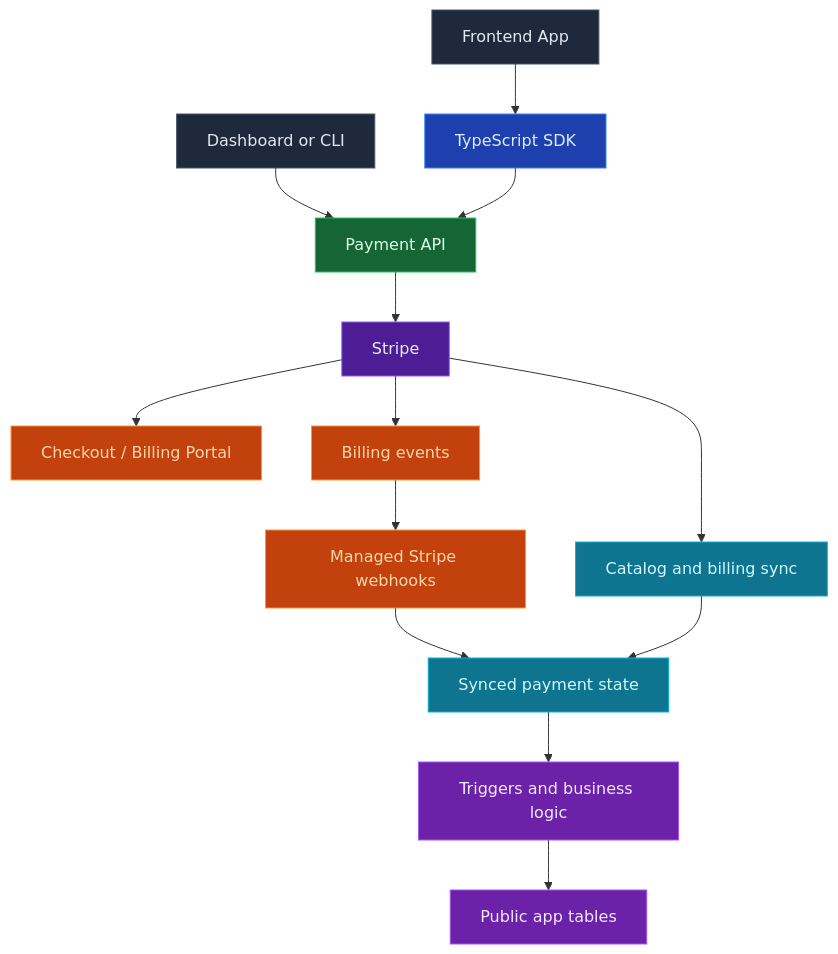
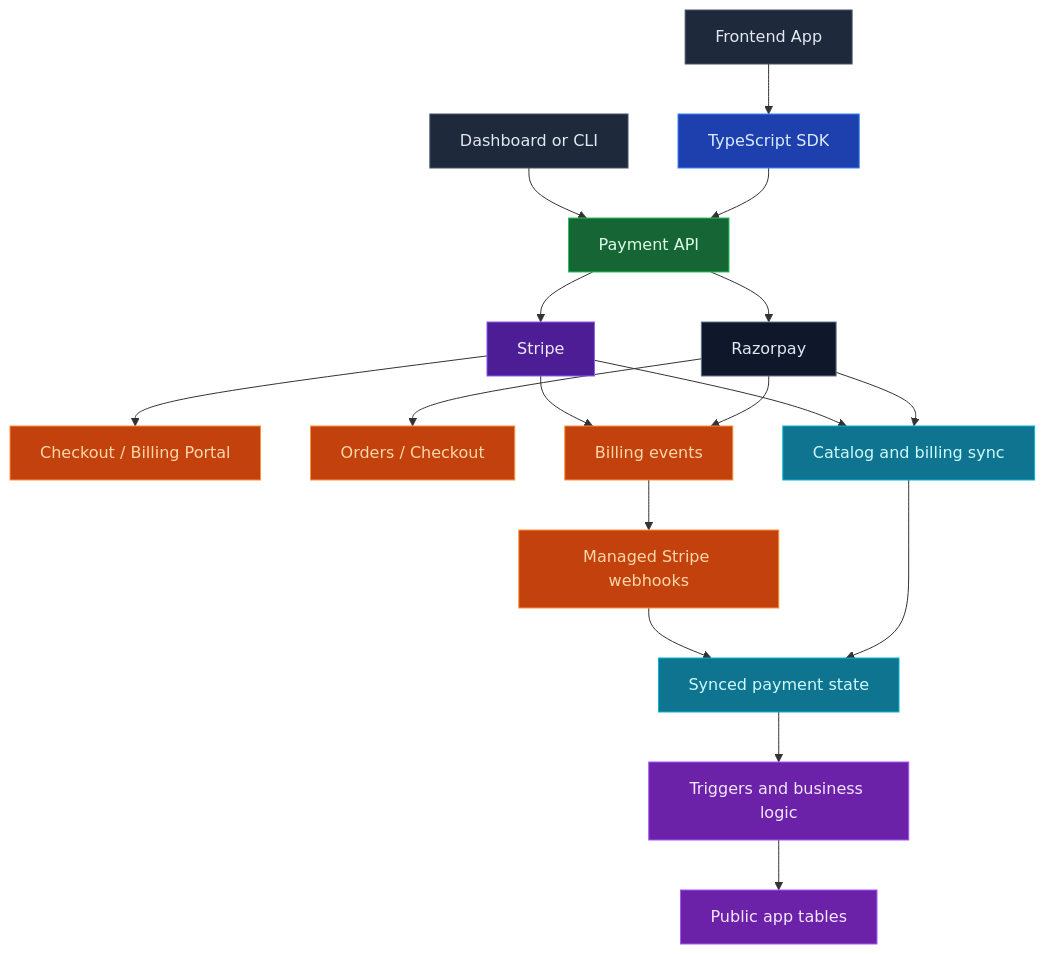
The diagram in docs/core-concepts/payments/overview.mdx (InsForge/InsForge), drawn with Mermaid before and after one commit. The commit also changed other lines of this file and 51 other files, not shown here.

````diff
--- a/docs/core-concepts/payments/overview.mdx
+++ b/docs/core-concepts/payments/overview.mdx
@@ -21,29 +22,35 @@
 ```mermaid
 flowchart TB
     Admin["Dashboard or CLI"] --> PaymentAPI["Payment API"]
     App["Frontend App"] --> SDK["TypeScript SDK"]
     SDK --> PaymentAPI
 
     PaymentAPI --> Stripe["Stripe"]
+    PaymentAPI --> Razorpay["Razorpay"]
     Stripe --> Hosted["Checkout / Billing Portal"]
+    Razorpay --> NativeCheckout["Orders / Checkout"]
     Stripe --> Sync["Catalog and billing sync"]
+    Razorpay --> Sync
     Stripe --> Events["Billing events"]
+    Razorpay --> Events
     Events --> Webhooks["Managed Stripe webhooks"]
     Webhooks --> State["Synced payment state"]
     Sync --> State
     State --> Logic["Triggers and business logic"]
     Logic --> Tables["Public app tables"]
 
     style Admin fill:#1e293b,stroke:#475569,color:#e2e8f0
     style App fill:#1e293b,stroke:#475569,color:#e2e8f0
     style SDK fill:#1e40af,stroke:#3b82f6,color:#dbeafe
     style PaymentAPI fill:#166534,stroke:#22c55e,color:#dcfce7
     style Stripe fill:#4c1d95,stroke:#8b5cf6,color:#ede9fe
+    style Razorpay fill:#0f172a,stroke:#64748b,color:#e2e8f0
     style Hosted fill:#c2410c,stroke:#fb923c,color:#fed7aa
+    style NativeCheckout fill:#c2410c,stroke:#fb923c,color:#fed7aa
     style Sync fill:#0e7490,stroke:#06b6d4,color:#cffafe
     style Events fill:#c2410c,stroke:#fb923c,color:#fed7aa
     style Webhooks fill:#c2410c,stroke:#fb923c,color:#fed7aa
     style State fill:#0e7490,stroke:#06b6d4,color:#cffafe
     style Logic fill:#6b21a8,stroke:#a855f7,color:#f3e8ff
     style Tables fill:#6b21a8,stroke:#a855f7,color:#f3e8ff
 ```
````
